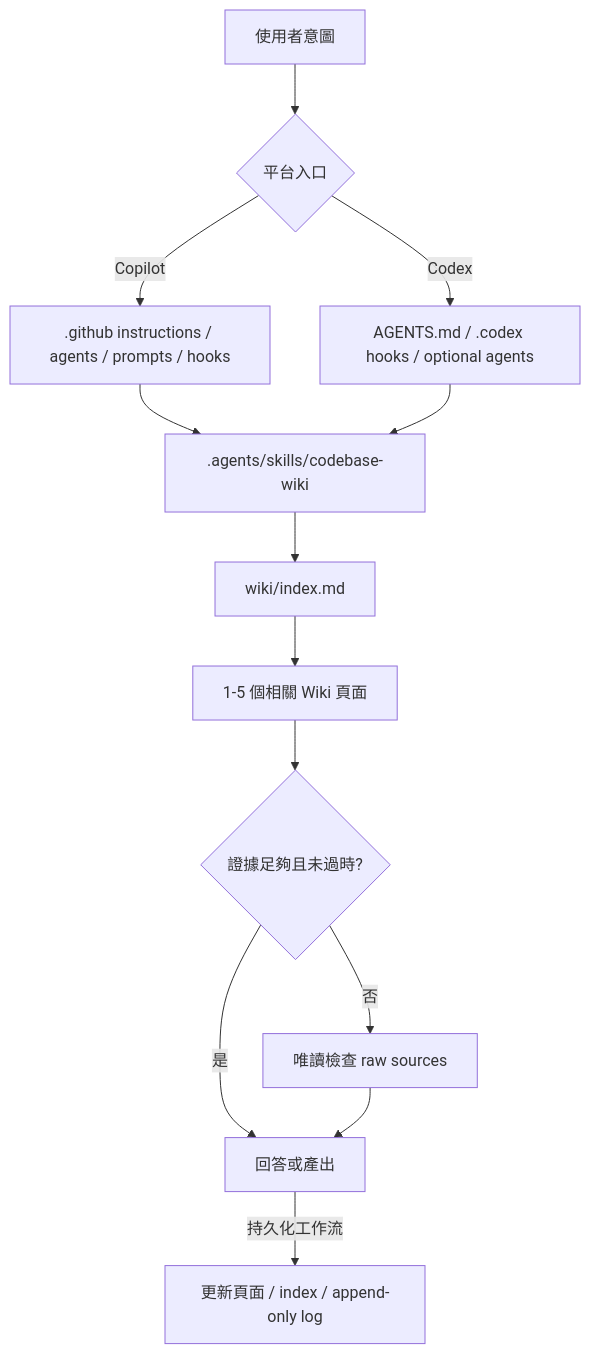
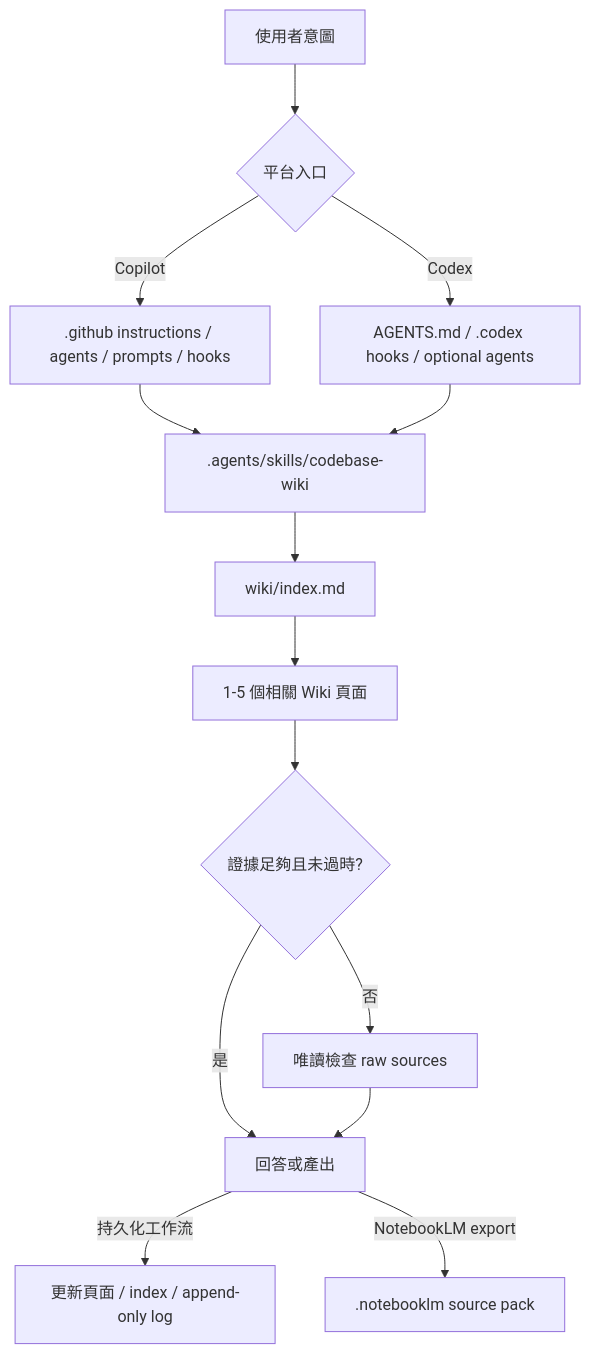
One commit to dennis8499/code-base-llm-wiki changed the diagram in docs/architecture/README.md. Above: the diagram before and after it, drawn with Mermaid. The commit also changed other lines of this file and 29 other files, not shown here.

Commit message:
feature: Update Codebase LLM Wiki with NotebookLM export workflow and configuration

````diff
--- a/docs/architecture/README.md
+++ b/docs/architecture/README.md
@@ -13,15 +13,16 @@
 ```mermaid
 flowchart TB
     User[使用者意圖] --> Entry{平台入口}
     Entry -->|Copilot| GH[.github instructions / agents / prompts / hooks]
     Entry -->|Codex| CX[AGENTS.md / .codex hooks / optional agents]
     GH --> Skill[.agents/skills/codebase-wiki]
     CX --> Skill
     Skill --> Index[wiki/index.md]
     Index --> Pages[1-5 個相關 Wiki 頁面]
     Pages --> Enough{證據足夠且未過時?}
     Enough -->|是| Result[回答或產出]
     Enough -->|否| Sources[唯讀檢查 raw sources]
     Sources --> Result
     Result -->|持久化工作流| Wiki[更新頁面 / index / append-only log]
+    Result -->|NotebookLM export| Pack[.notebooklm source pack]
 ```
````
